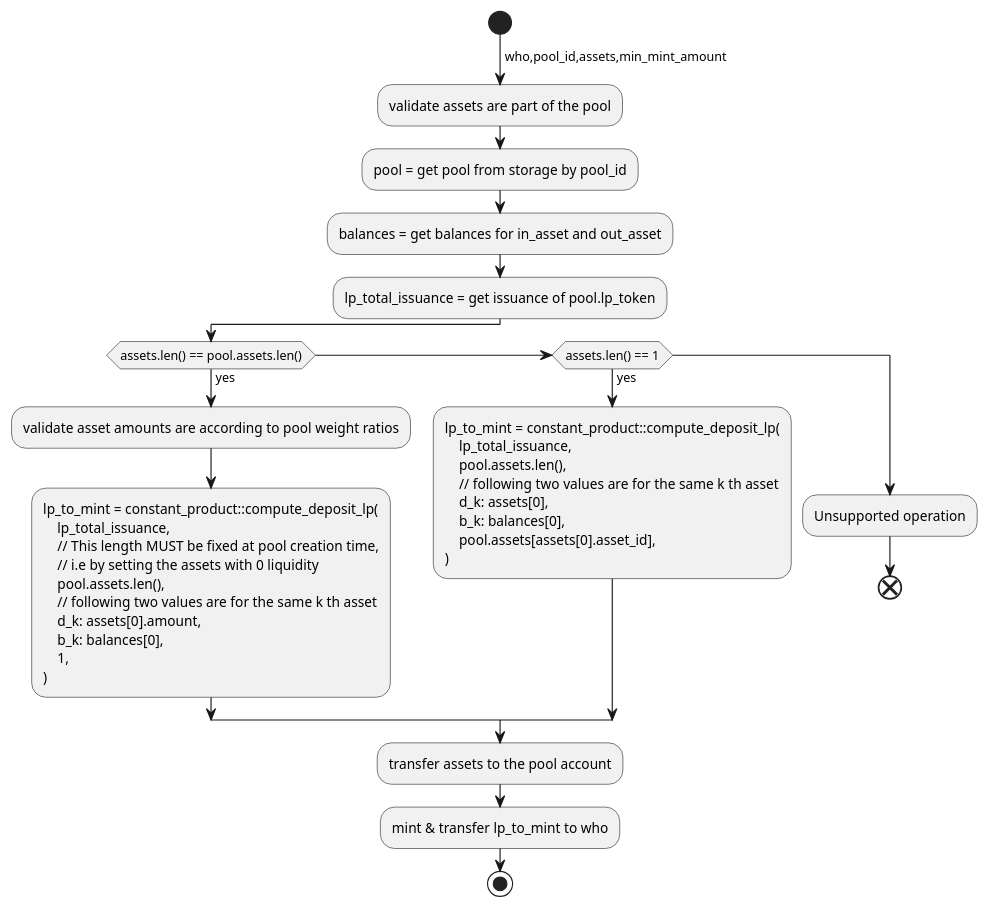
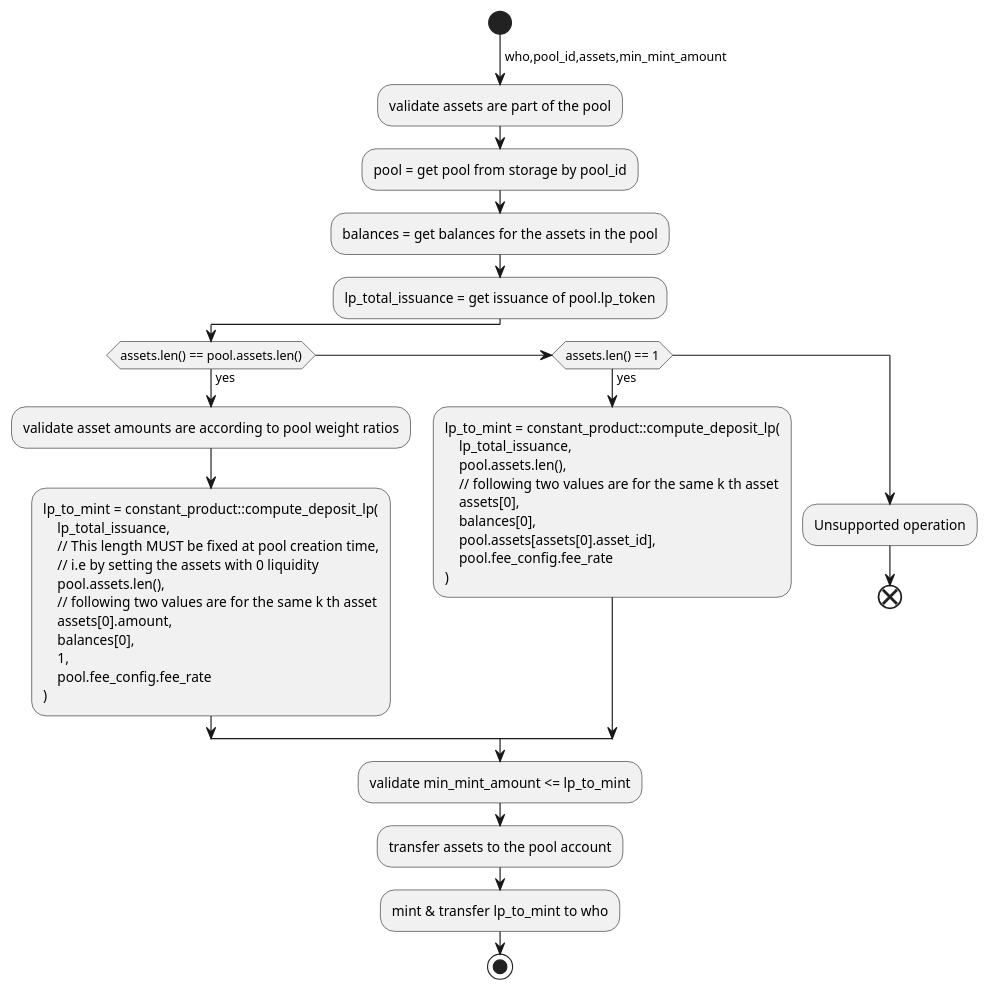
Before and after one commit to ComposableFi/composable: the fifth of 6 diagrams in rfcs/0008-pablo-lbp-cpp/0008-pablo-lbp-cpp-restructure.adoc, drawn with PlantUML. The commit also changed other lines of this file, not shown here.

```diff
--- a/rfcs/0008-pablo-lbp-cpp/0008-pablo-lbp-cpp-restructure.adoc
+++ b/rfcs/0008-pablo-lbp-cpp/0008-pablo-lbp-cpp-restructure.adoc
@@ -451,37 +471,40 @@
 [plantuml,images/pablo-amm-add-liquidity,png]
 ----
 start
 ->who,pool_id,assets,min_mint_amount;
 :validate assets are part of the pool;
 :pool = get pool from storage by pool_id;
-:balances = get balances for in_asset and out_asset;
+:balances = get balances for the assets in the pool;
 :lp_total_issuance = get issuance of pool.lp_token;
 if (assets.len() == pool.assets.len()) then (yes)
     :validate asset amounts are according to pool weight ratios;
     :lp_to_mint = constant_product::compute_deposit_lp(
         lp_total_issuance,
         // This length MUST be fixed at pool creation time,
         // i.e by setting the assets with 0 liquidity
         pool.assets.len(),
         // following two values are for the same k th asset
-        d_k: assets[0].amount,
-        b_k: balances[0],
+        assets[0].amount,
+        balances[0],
         1,
+        pool.fee_config.fee_rate
     );
 else if (assets.len() == 1) then (yes)
     :lp_to_mint = constant_product::compute_deposit_lp(
         lp_total_issuance,
         pool.assets.len(),
         // following two values are for the same k th asset
-        d_k: assets[0],
-        b_k: balances[0],
+        assets[0],
+        balances[0],
         pool.assets[assets[0].asset_id],
+        pool.fee_config.fee_rate
     );
 else
     :Unsupported operation;
     end
 endif
+:validate min_mint_amount <= lp_to_mint;
 :transfer assets to the pool account;
 :mint & transfer lp_to_mint to who;
 stop
 ----
```
